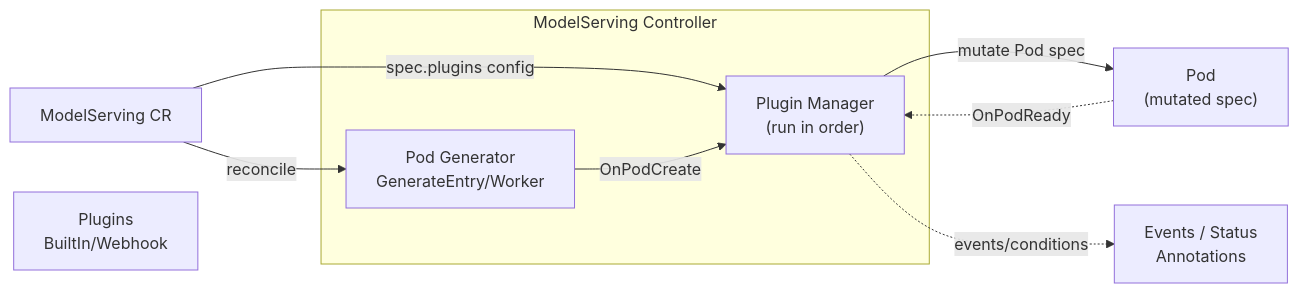
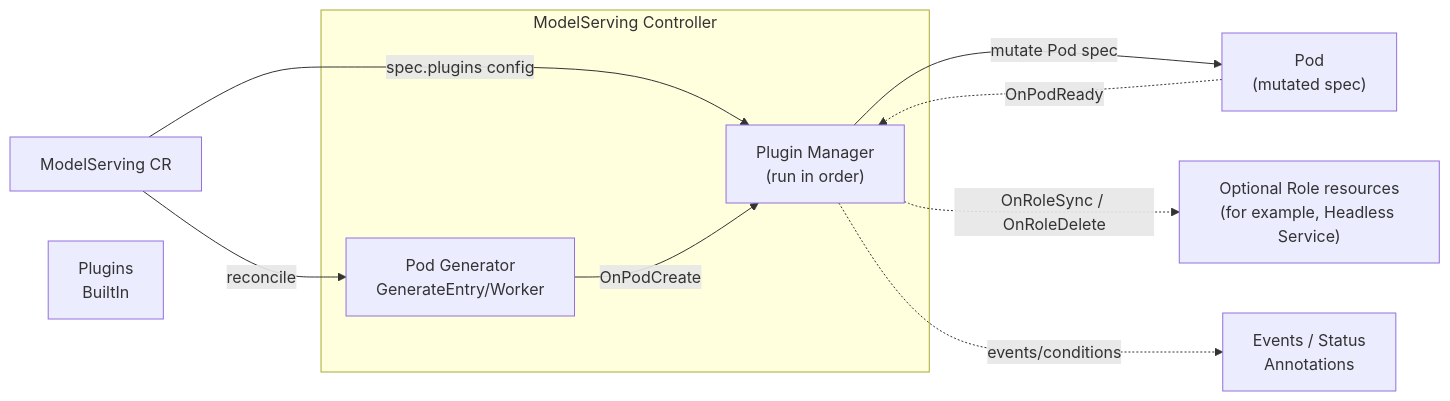
One commit to volcano-sh/kthena changed the diagram in docs/kthena/docs/user-guide/modelserving-plugin-framework.md. Above: the diagram before and after it, drawn with Mermaid. The commit also changed other lines of this file and 25 other files, not shown here.

````diff
--- a/docs/kthena/docs/user-guide/modelserving-plugin-framework.md
+++ b/docs/kthena/docs/user-guide/modelserving-plugin-framework.md
@@ -15,18 +16,20 @@
 ```mermaid
 flowchart LR
   MS["ModelServing CR"]
   subgraph Controller[ModelServing Controller]
     PG["Pod Generator<br/>GenerateEntry/Worker"]
     PM["Plugin Manager<br/>(run in order)"]
   end
-  PL["Plugins<br/>BuiltIn/Webhook"]
+  PL["Plugins<br/>BuiltIn"]
   POD["Pod<br/>(mutated spec)"]
+  AUX["Optional Role resources<br/>(for example, Headless Service)"]
   OBS["Events / Status<br/>Annotations"]
 
   MS -->|reconcile| PG;
   MS -->|spec.plugins config| PM;
   PG -->|OnPodCreate| PM;
   PM -->|mutate Pod spec| POD;
   POD -.->|OnPodReady| PM;
+  PM -.->|OnRoleSync / OnRoleDelete| AUX;
   PM -.->|events/conditions| OBS;
 ```
````
